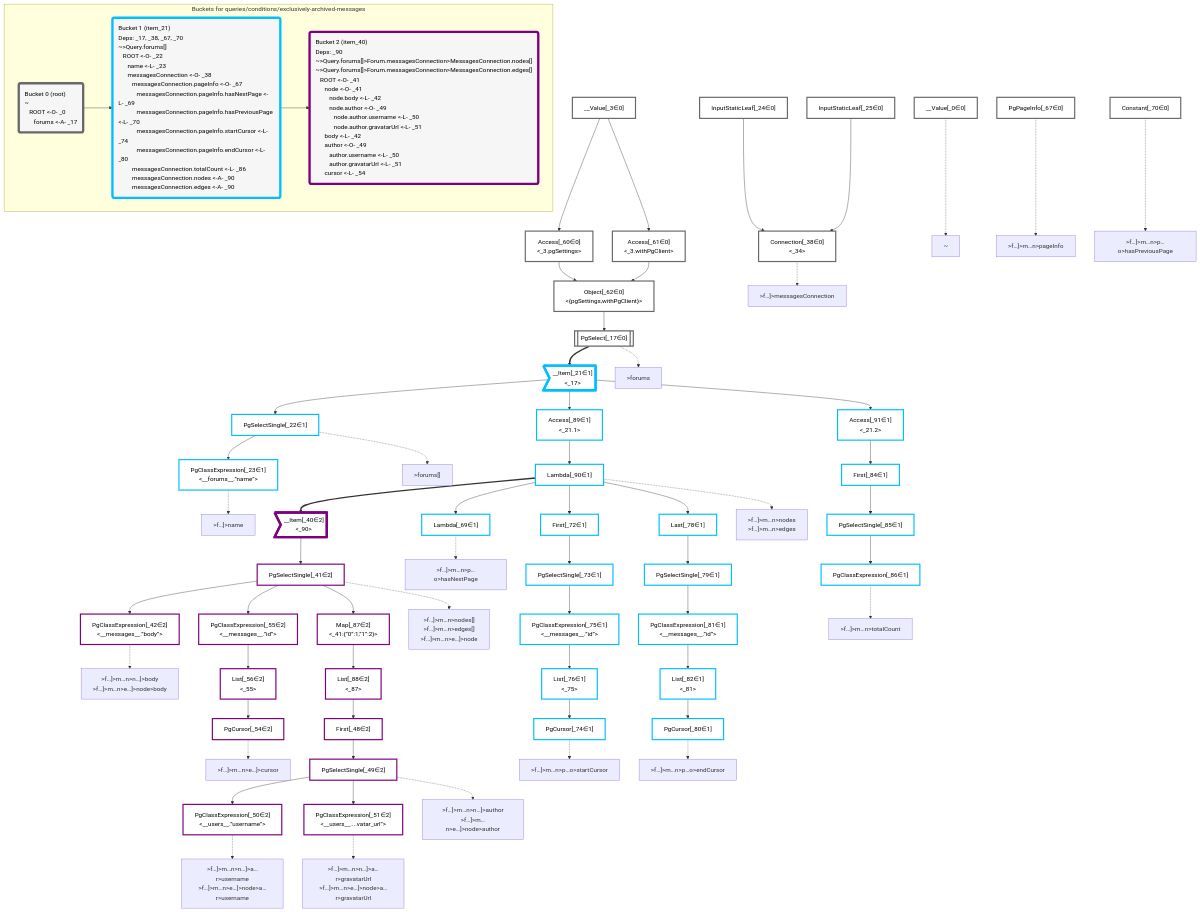
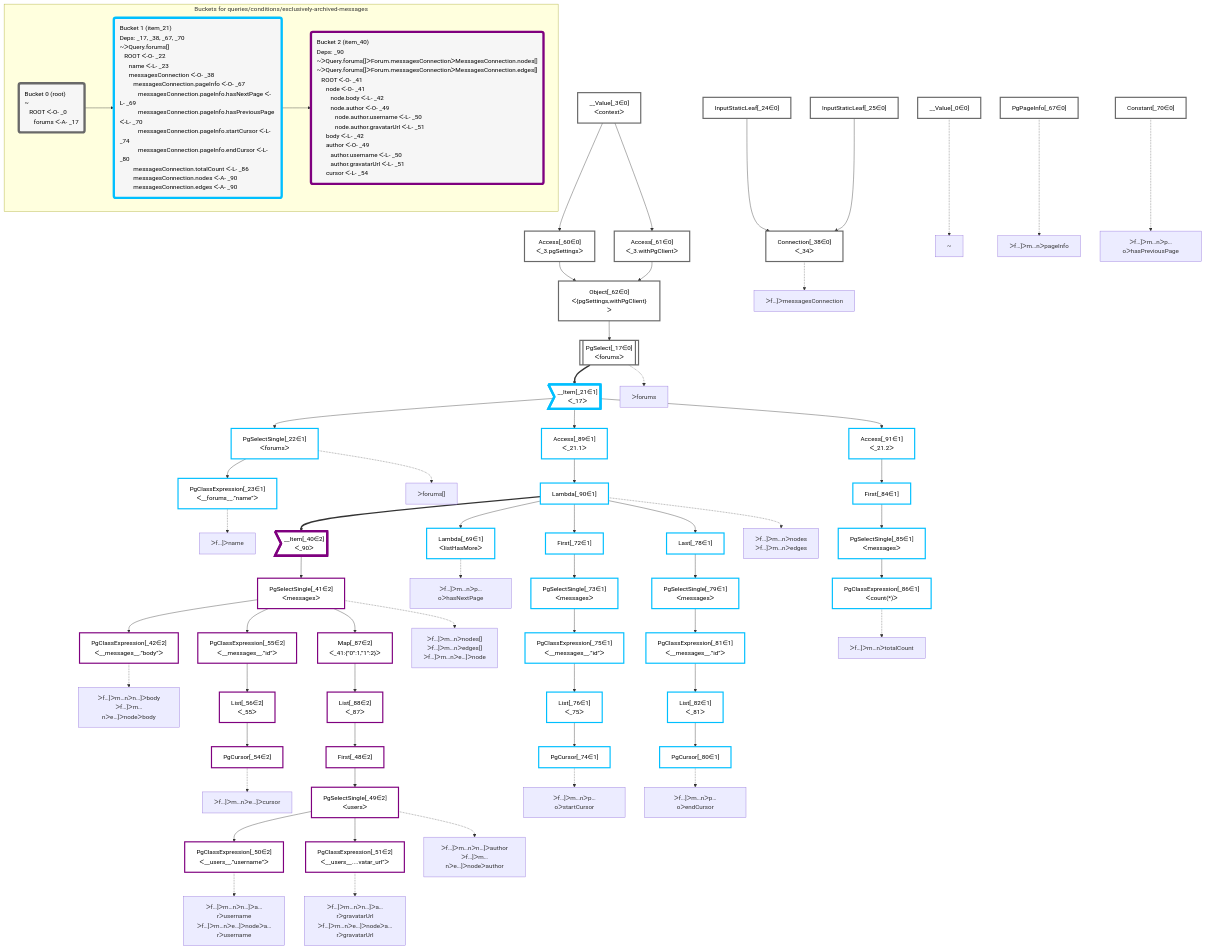
One commit to graphile/crystal changed the diagram in packages/dataplan-pg/__tests__/queries/conditions/exclusively-archived-messages.mermaid.md. Above: the diagram before and after it, drawn with Mermaid. The commit also changed 195 other files, not shown here.

```diff
--- a/packages/dataplan-pg/__tests__/queries/conditions/exclusively-archived-messages.mermaid.md
+++ b/packages/dataplan-pg/__tests__/queries/conditions/exclusively-archived-messages.mermaid.md
@@ -9,48 +9,48 @@
 
     %% define plans
     __Value_0["__Value[_0∈0]"]:::plan
-    __Value_3["__Value[_3∈0]<br /><context>"]:::plan
-    PgSelect_17[["PgSelect[_17∈0]<br /><forums>"]]:::plan
-    __Item_21>"__Item[_21∈1]<br /><_17>"]:::itemplan
-    PgSelectSingle_22["PgSelectSingle[_22∈1]<br /><forums>"]:::plan
-    PgClassExpression_23["PgClassExpression[_23∈1]<br /><__forums__.”name”>"]:::plan
+    __Value_3["__Value[_3∈0]<br />ᐸcontextᐳ"]:::plan
+    PgSelect_17[["PgSelect[_17∈0]<br />ᐸforumsᐳ"]]:::plan
+    __Item_21>"__Item[_21∈1]<br />ᐸ_17ᐳ"]:::itemplan
+    PgSelectSingle_22["PgSelectSingle[_22∈1]<br />ᐸforumsᐳ"]:::plan
+    PgClassExpression_23["PgClassExpression[_23∈1]<br />ᐸ__forums__.”name”ᐳ"]:::plan
     InputStaticLeaf_24["InputStaticLeaf[_24∈0]"]:::plan
     InputStaticLeaf_25["InputStaticLeaf[_25∈0]"]:::plan
-    Connection_38["Connection[_38∈0]<br /><_34>"]:::plan
-    __Item_40>"__Item[_40∈2]<br /><_90>"]:::itemplan
-    PgSelectSingle_41["PgSelectSingle[_41∈2]<br /><messages>"]:::plan
-    PgClassExpression_42["PgClassExpression[_42∈2]<br /><__messages__.”body”>"]:::plan
+    Connection_38["Connection[_38∈0]<br />ᐸ_34ᐳ"]:::plan
+    __Item_40>"__Item[_40∈2]<br />ᐸ_90ᐳ"]:::itemplan
+    PgSelectSingle_41["PgSelectSingle[_41∈2]<br />ᐸmessagesᐳ"]:::plan
+    PgClassExpression_42["PgClassExpression[_42∈2]<br />ᐸ__messages__.”body”ᐳ"]:::plan
     First_48["First[_48∈2]"]:::plan
-    PgSelectSingle_49["PgSelectSingle[_49∈2]<br /><users>"]:::plan
-    PgClassExpression_50["PgClassExpression[_50∈2]<br /><__users__.”username”>"]:::plan
-    PgClassExpression_51["PgClassExpression[_51∈2]<br /><__users__....vatar_url”>"]:::plan
+    PgSelectSingle_49["PgSelectSingle[_49∈2]<br />ᐸusersᐳ"]:::plan
+    PgClassExpression_50["PgClassExpression[_50∈2]<br />ᐸ__users__.”username”ᐳ"]:::plan
+    PgClassExpression_51["PgClassExpression[_51∈2]<br />ᐸ__users__....vatar_url”ᐳ"]:::plan
     PgCursor_54["PgCursor[_54∈2]"]:::plan
-    PgClassExpression_55["PgClassExpression[_55∈2]<br /><__messages__.”id”>"]:::plan
-    List_56["List[_56∈2]<br /><_55>"]:::plan
-    Access_60["Access[_60∈0]<br /><_3.pgSettings>"]:::plan
-    Access_61["Access[_61∈0]<br /><_3.withPgClient>"]:::plan
-    Object_62["Object[_62∈0]<br /><{pgSettings,withPgClient}>"]:::plan
+    PgClassExpression_55["PgClassExpression[_55∈2]<br />ᐸ__messages__.”id”ᐳ"]:::plan
+    List_56["List[_56∈2]<br />ᐸ_55ᐳ"]:::plan
+    Access_60["Access[_60∈0]<br />ᐸ_3.pgSettingsᐳ"]:::plan
+    Access_61["Access[_61∈0]<br />ᐸ_3.withPgClientᐳ"]:::plan
+    Object_62["Object[_62∈0]<br />ᐸ{pgSettings,withPgClient}ᐳ"]:::plan
     PgPageInfo_67["PgPageInfo[_67∈0]"]:::plan
-    Lambda_69["Lambda[_69∈1]<br /><listHasMore>"]:::plan
+    Lambda_69["Lambda[_69∈1]<br />ᐸlistHasMoreᐳ"]:::plan
     Constant_70["Constant[_70∈0]"]:::plan
     First_72["First[_72∈1]"]:::plan
-    PgSelectSingle_73["PgSelectSingle[_73∈1]<br /><messages>"]:::plan
+    PgSelectSingle_73["PgSelectSingle[_73∈1]<br />ᐸmessagesᐳ"]:::plan
     PgCursor_74["PgCursor[_74∈1]"]:::plan
-    PgClassExpression_75["PgClassExpression[_75∈1]<br /><__messages__.”id”>"]:::plan
-    List_76["List[_76∈1]<br /><_75>"]:::plan
+    PgClassExpression_75["PgClassExpression[_75∈1]<br />ᐸ__messages__.”id”ᐳ"]:::plan
+    List_76["List[_76∈1]<br />ᐸ_75ᐳ"]:::plan
     Last_78["Last[_78∈1]"]:::plan
-    PgSelectSingle_79["PgSelectSingle[_79∈1]<br /><messages>"]:::plan
+    PgSelectSingle_79["PgSelectSingle[_79∈1]<br />ᐸmessagesᐳ"]:::plan
     PgCursor_80["PgCursor[_80∈1]"]:::plan
-    PgClassExpression_81["PgClassExpression[_81∈1]<br /><__messages__.”id”>"]:::plan
-    List_82["List[_82∈1]<br /><_81>"]:::plan
+    PgClassExpression_81["PgClassExpression[_81∈1]<br />ᐸ__messages__.”id”ᐳ"]:::plan
+    List_82["List[_82∈1]<br />ᐸ_81ᐳ"]:::plan
     First_84["First[_84∈1]"]:::plan
-    PgSelectSingle_85["PgSelectSingle[_85∈1]<br /><messages>"]:::plan
-    PgClassExpression_86["PgClassExpression[_86∈1]<br /><count(*)>"]:::plan
-    Map_87["Map[_87∈2]<br /><_41:{”0”:1,”1”:2}>"]:::plan
-    List_88["List[_88∈2]<br /><_87>"]:::plan
-    Access_89["Access[_89∈1]<br /><_21.1>"]:::plan
+    PgSelectSingle_85["PgSelectSingle[_85∈1]<br />ᐸmessagesᐳ"]:::plan
+    PgClassExpression_86["PgClassExpression[_86∈1]<br />ᐸcount(*)ᐳ"]:::plan
+    Map_87["Map[_87∈2]<br />ᐸ_41:{”0”:1,”1”:2}ᐳ"]:::plan
+    List_88["List[_88∈2]<br />ᐸ_87ᐳ"]:::plan
+    Access_89["Access[_89∈1]<br />ᐸ_21.1ᐳ"]:::plan
     Lambda_90["Lambda[_90∈1]"]:::plan
-    Access_91["Access[_91∈1]<br /><_21.2>"]:::plan
+    Access_91["Access[_91∈1]<br />ᐸ_21.2ᐳ"]:::plan
 
     %% plan dependencies
     Object_62 --> PgSelect_17
@@ -96,39 +96,39 @@
     %% plan-to-path relationships
     P_0["~"]
     __Value_0 -.-> P_0
-    P_17[">forums"]
+    P_17["ᐳforums"]
     PgSelect_17 -.-> P_17
-    P_22[">forums[]"]
+    P_22["ᐳforums[]"]
     PgSelectSingle_22 -.-> P_22
-    P_23[">f…]>name"]
+    P_23["ᐳf…]ᐳname"]
     PgClassExpression_23 -.-> P_23
-    P_38[">f…]>messagesConnection"]
+    P_38["ᐳf…]ᐳmessagesConnection"]
     Connection_38 -.-> P_38
-    P_41[">f…]>m…n>nodes[]<br />>f…]>m…n>edges[]<br />>f…]>m…n>e…]>node"]
+    P_41["ᐳf…]ᐳm…nᐳnodes[]<br />ᐳf…]ᐳm…nᐳedges[]<br />ᐳf…]ᐳm…nᐳe…]ᐳnode"]
     PgSelectSingle_41 -.-> P_41
-    P_42[">f…]>m…n>n…]>body<br />>f…]>m…n>e…]>node>body"]
+    P_42["ᐳf…]ᐳm…nᐳn…]ᐳbody<br />ᐳf…]ᐳm…nᐳe…]ᐳnodeᐳbody"]
     PgClassExpression_42 -.-> P_42
-    P_49[">f…]>m…n>n…]>author<br />>f…]>m…n>e…]>node>author"]
+    P_49["ᐳf…]ᐳm…nᐳn…]ᐳauthor<br />ᐳf…]ᐳm…nᐳe…]ᐳnodeᐳauthor"]
     PgSelectSingle_49 -.-> P_49
-    P_50[">f…]>m…n>n…]>a…r>username<br />>f…]>m…n>e…]>node>a…r>username"]
+    P_50["ᐳf…]ᐳm…nᐳn…]ᐳa…rᐳusername<br />ᐳf…]ᐳm…nᐳe…]ᐳnodeᐳa…rᐳusername"]
     PgClassExpression_50 -.-> P_50
-    P_51[">f…]>m…n>n…]>a…r>gravatarUrl<br />>f…]>m…n>e…]>node>a…r>gravatarUrl"]
+    P_51["ᐳf…]ᐳm…nᐳn…]ᐳa…rᐳgravatarUrl<br />ᐳf…]ᐳm…nᐳe…]ᐳnodeᐳa…rᐳgravatarUrl"]
     PgClassExpression_51 -.-> P_51
-    P_54[">f…]>m…n>e…]>cursor"]
+    P_54["ᐳf…]ᐳm…nᐳe…]ᐳcursor"]
     PgCursor_54 -.-> P_54
-    P_67[">f…]>m…n>pageInfo"]
+    P_67["ᐳf…]ᐳm…nᐳpageInfo"]
     PgPageInfo_67 -.-> P_67
-    P_69[">f…]>m…n>p…o>hasNextPage"]
+    P_69["ᐳf…]ᐳm…nᐳp…oᐳhasNextPage"]
     Lambda_69 -.-> P_69
-    P_70[">f…]>m…n>p…o>hasPreviousPage"]
+    P_70["ᐳf…]ᐳm…nᐳp…oᐳhasPreviousPage"]
     Constant_70 -.-> P_70
-    P_74[">f…]>m…n>p…o>startCursor"]
+    P_74["ᐳf…]ᐳm…nᐳp…oᐳstartCursor"]
     PgCursor_74 -.-> P_74
-    P_80[">f…]>m…n>p…o>endCursor"]
+    P_80["ᐳf…]ᐳm…nᐳp…oᐳendCursor"]
     PgCursor_80 -.-> P_80
-    P_86[">f…]>m…n>totalCount"]
+    P_86["ᐳf…]ᐳm…nᐳtotalCount"]
     PgClassExpression_86 -.-> P_86
-    P_90[">f…]>m…n>nodes<br />>f…]>m…n>edges"]
+    P_90["ᐳf…]ᐳm…nᐳnodes<br />ᐳf…]ᐳm…nᐳedges"]
     Lambda_90 -.-> P_90
 
     %% allocate buckets
@@ -140,12 +140,12 @@
     class __Item_40,PgSelectSingle_41,PgClassExpression_42,First_48,PgSelectSingle_49,PgClassExpression_50,PgClassExpression_51,PgCursor_54,PgClassExpression_55,List_56,Map_87,List_88 bucket2
 
     subgraph "Buckets for queries/conditions/exclusively-archived-messages"
-    Bucket0("Bucket 0 (root)<br />~<br />⠀ROOT <-O- _0<br />⠀⠀forums <-A- _17"):::bucket
+    Bucket0("Bucket 0 (root)<br />~<br />⠀ROOT ᐸ-O- _0<br />⠀⠀forums ᐸ-A- _17"):::bucket
     style Bucket0 stroke:#696969
-    Bucket1("Bucket 1 (item_21)<br />Deps: _17, _38, _67, _70<br />~>Query.forums[]<br />⠀ROOT <-O- _22<br />⠀⠀name <-L- _23<br />⠀⠀messagesConnection <-O- _38<br />⠀⠀⠀messagesConnection.pageInfo <-O- _67<br />⠀⠀⠀⠀messagesConnection.pageInfo.hasNextPage <-L- _69<br />⠀⠀⠀⠀messagesConnection.pageInfo.hasPreviousPage <-L- _70<br />⠀⠀⠀⠀messagesConnection.pageInfo.startCursor <-L- _74<br />⠀⠀⠀⠀messagesConnection.pageInfo.endCursor <-L- _80<br />⠀⠀⠀messagesConnection.totalCount <-L- _86<br />⠀⠀⠀messagesConnection.nodes <-A- _90<br />⠀⠀⠀messagesConnection.edges <-A- _90"):::bucket
+    Bucket1("Bucket 1 (item_21)<br />Deps: _17, _38, _67, _70<br />~ᐳQuery.forums[]<br />⠀ROOT ᐸ-O- _22<br />⠀⠀name ᐸ-L- _23<br />⠀⠀messagesConnection ᐸ-O- _38<br />⠀⠀⠀messagesConnection.pageInfo ᐸ-O- _67<br />⠀⠀⠀⠀messagesConnection.pageInfo.hasNextPage ᐸ-L- _69<br />⠀⠀⠀⠀messagesConnection.pageInfo.hasPreviousPage ᐸ-L- _70<br />⠀⠀⠀⠀messagesConnection.pageInfo.startCursor ᐸ-L- _74<br />⠀⠀⠀⠀messagesConnection.pageInfo.endCursor ᐸ-L- _80<br />⠀⠀⠀messagesConnection.totalCount ᐸ-L- _86<br />⠀⠀⠀messagesConnection.nodes ᐸ-A- _90<br />⠀⠀⠀messagesConnection.edges ᐸ-A- _90"):::bucket
     style Bucket1 stroke:#00bfff
     Bucket0 --> Bucket1
-    Bucket2("Bucket 2 (item_40)<br />Deps: _90<br />~>Query.forums[]>Forum.messagesConnection>MessagesConnection.nodes[]<br />~>Query.forums[]>Forum.messagesConnection>MessagesConnection.edges[]<br />⠀ROOT <-O- _41<br />⠀⠀node <-O- _41<br />⠀⠀⠀node.body <-L- _42<br />⠀⠀⠀node.author <-O- _49<br />⠀⠀⠀⠀node.author.username <-L- _50<br />⠀⠀⠀⠀node.author.gravatarUrl <-L- _51<br />⠀⠀body <-L- _42<br />⠀⠀author <-O- _49<br />⠀⠀⠀author.username <-L- _50<br />⠀⠀⠀author.gravatarUrl <-L- _51<br />⠀⠀cursor <-L- _54"):::bucket
+    Bucket2("Bucket 2 (item_40)<br />Deps: _90<br />~ᐳQuery.forums[]ᐳForum.messagesConnectionᐳMessagesConnection.nodes[]<br />~ᐳQuery.forums[]ᐳForum.messagesConnectionᐳMessagesConnection.edges[]<br />⠀ROOT ᐸ-O- _41<br />⠀⠀node ᐸ-O- _41<br />⠀⠀⠀node.body ᐸ-L- _42<br />⠀⠀⠀node.author ᐸ-O- _49<br />⠀⠀⠀⠀node.author.username ᐸ-L- _50<br />⠀⠀⠀⠀node.author.gravatarUrl ᐸ-L- _51<br />⠀⠀body ᐸ-L- _42<br />⠀⠀author ᐸ-O- _49<br />⠀⠀⠀author.username ᐸ-L- _50<br />⠀⠀⠀author.gravatarUrl ᐸ-L- _51<br />⠀⠀cursor ᐸ-L- _54"):::bucket
     style Bucket2 stroke:#7f007f
     Bucket1 --> Bucket2
     end
```
